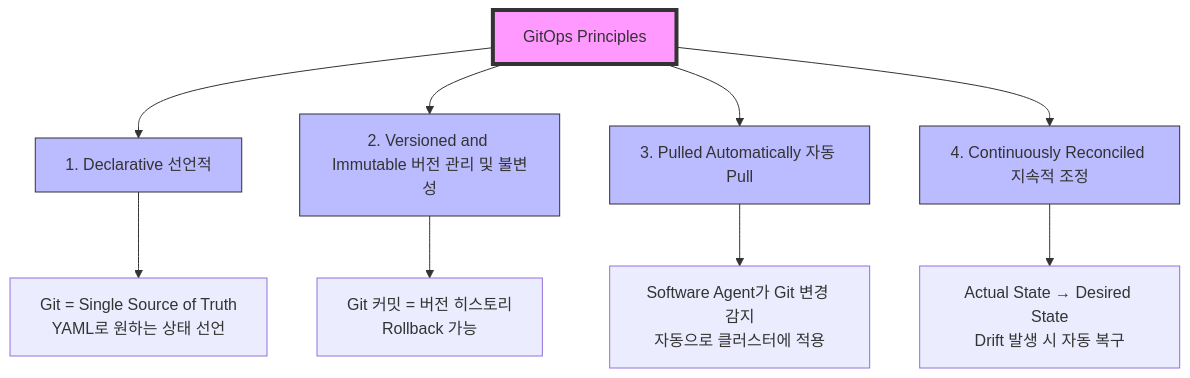
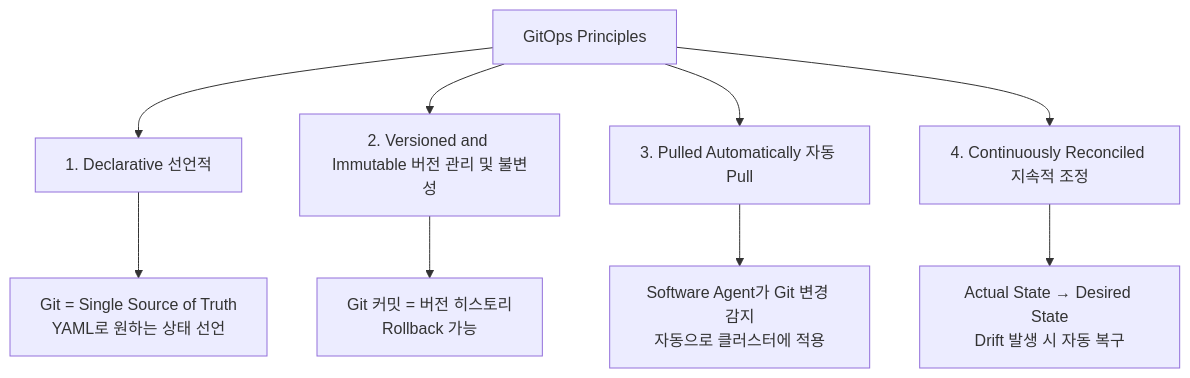
The first of 7 diagrams in docs/eks/week6-cicd.md (juwon8891/juwon8891.github.io), drawn with Mermaid before and after one commit. The commit also changed other lines of this file and 18 other files, not shown here.

Commit message:
Remove bright colors from Mermaid diagrams for dark mode compatibility

````diff
--- a/docs/eks/week6-cicd.md
+++ b/docs/eks/week6-cicd.md
@@ -18,18 +18,13 @@
 ```mermaid
 graph TD
     A[GitOps Principles] --> B[1. Declarative 선언적]
     A --> C[2. Versioned and Immutable 버전 관리 및 불변성]
     A --> D[3. Pulled Automatically 자동 Pull]
     A --> E[4. Continuously Reconciled 지속적 조정]
 
     B --> B1["Git = Single Source of Truth<br/>YAML로 원하는 상태 선언"]
     C --> C1["Git 커밋 = 버전 히스토리<br/>Rollback 가능"]
     D --> D1["Software Agent가 Git 변경 감지<br/>자동으로 클러스터에 적용"]
     E --> E1["Actual State → Desired State<br/>Drift 발생 시 자동 복구"]
 
-    style A fill:#f9f,stroke:#333,stroke-width:4px
-    style B fill:#bbf,stroke:#333
-    style C fill:#bbf,stroke:#333
-    style D fill:#bbf,stroke:#333
-    style E fill:#bbf,stroke:#333
 ```
````
